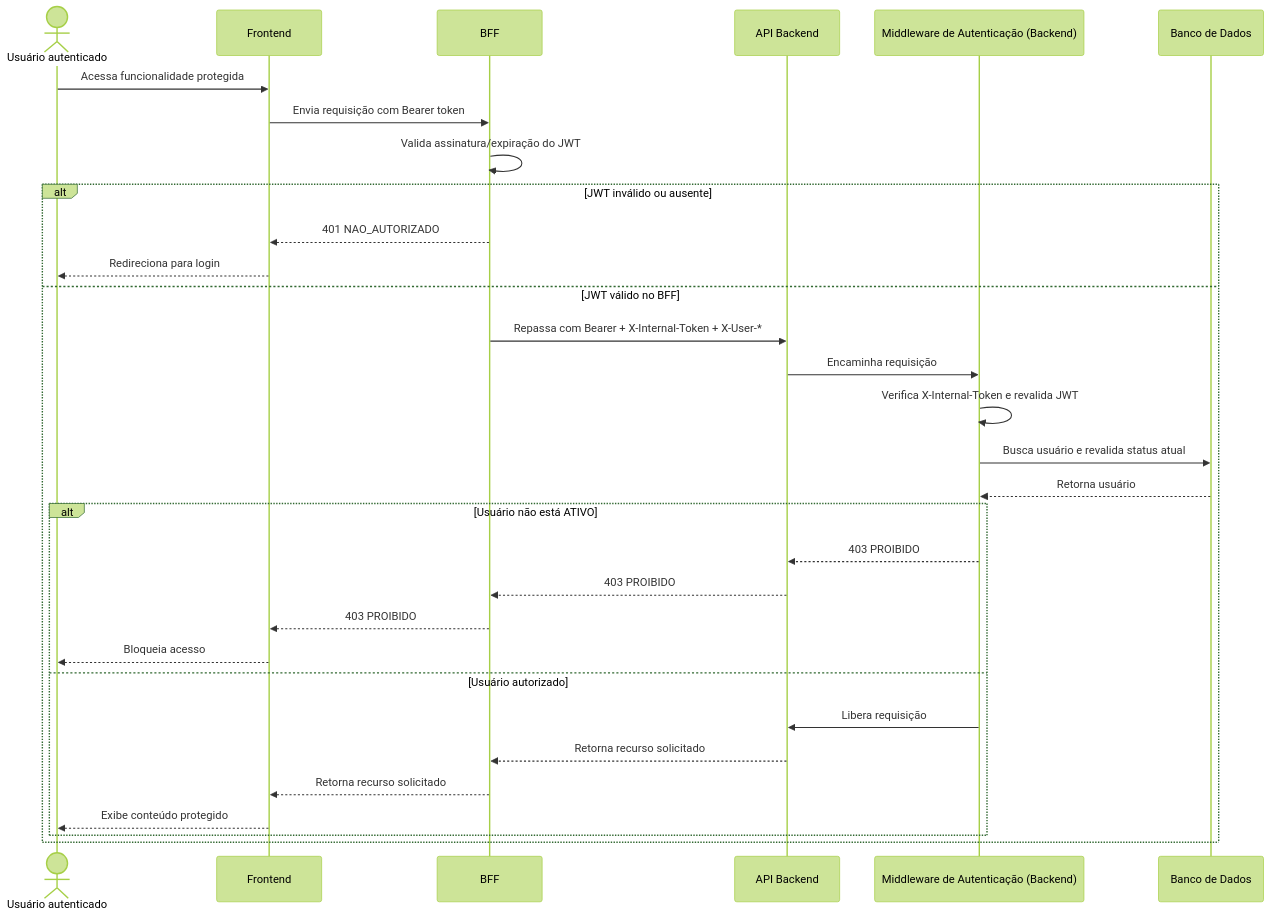
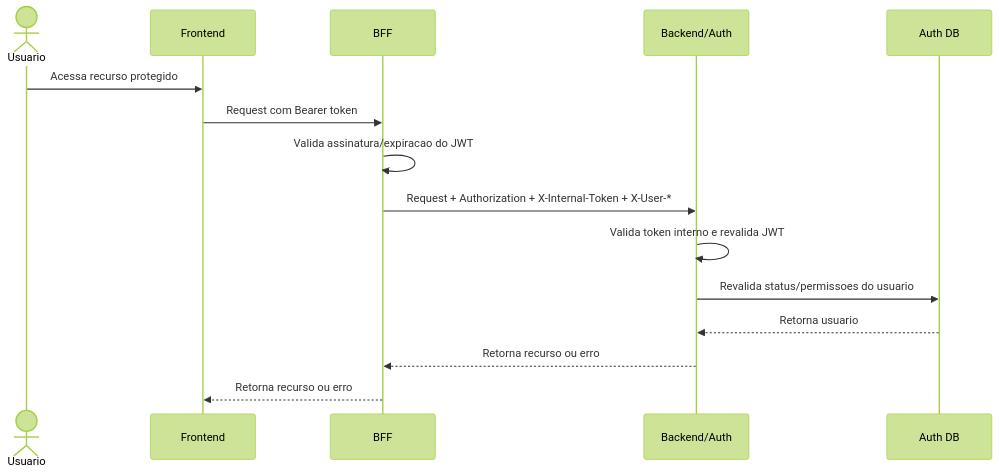
Before and after one commit to fga-eps-mds/2026-1-AnatoQuizUp-Doc: the fourth of 5 diagrams in docs/arquitetura/visoes/processos.md, drawn with Mermaid (forest theme). The commit also changed other lines of this file and 10 other files, not shown here.

````diff
--- a/docs/arquitetura/visoes/processos.md
+++ b/docs/arquitetura/visoes/processos.md
@@ -134,35 +77,18 @@
 ```mermaid
 sequenceDiagram
-    actor Usuario as Usuário autenticado
+    actor Usuario
     participant Frontend
     participant BFF
-    participant Backend as API Backend
-    participant Middleware as Middleware de Autenticação (Backend)
-    participant Banco as Banco de Dados
+    participant Auth as Backend/Auth
+    participant DB as Auth DB
 
-    Usuario->>Frontend: Acessa funcionalidade protegida
-    Frontend->>BFF: Envia requisição com Bearer token
-    BFF->>BFF: Valida assinatura/expiração do JWT
-    alt JWT inválido ou ausente
-        BFF-->>Frontend: 401 NAO_AUTORIZADO
-        Frontend-->>Usuario: Redireciona para login
-    else JWT válido no BFF
-        BFF->>Backend: Repassa com Bearer + X-Internal-Token + X-User-*
-        Backend->>Middleware: Encaminha requisição
-        Middleware->>Middleware: Verifica X-Internal-Token e revalida JWT
-        Middleware->>Banco: Busca usuário e revalida status atual
-        Banco-->>Middleware: Retorna usuário
-
-        alt Usuário não está ATIVO
-            Middleware-->>Backend: 403 PROIBIDO
-            Backend-->>BFF: 403 PROIBIDO
-            BFF-->>Frontend: 403 PROIBIDO
-            Frontend-->>Usuario: Bloqueia acesso
-        else Usuário autorizado
-            Middleware->>Backend: Libera requisição
-            Backend-->>BFF: Retorna recurso solicitado
-            BFF-->>Frontend: Retorna recurso solicitado
-            Frontend-->>Usuario: Exibe conteúdo protegido
-        end
-    end
+    Usuario->>Frontend: Acessa recurso protegido
+    Frontend->>BFF: Request com Bearer token
+    BFF->>BFF: Valida assinatura/expiracao do JWT
+    BFF->>Auth: Request + Authorization + X-Internal-Token + X-User-*
+    Auth->>Auth: Valida token interno e revalida JWT
+    Auth->>DB: Revalida status/permissoes do usuario
+    DB-->>Auth: Retorna usuario
+    Auth-->>BFF: Retorna recurso ou erro
+    BFF-->>Frontend: Retorna recurso ou erro
 ```
````
